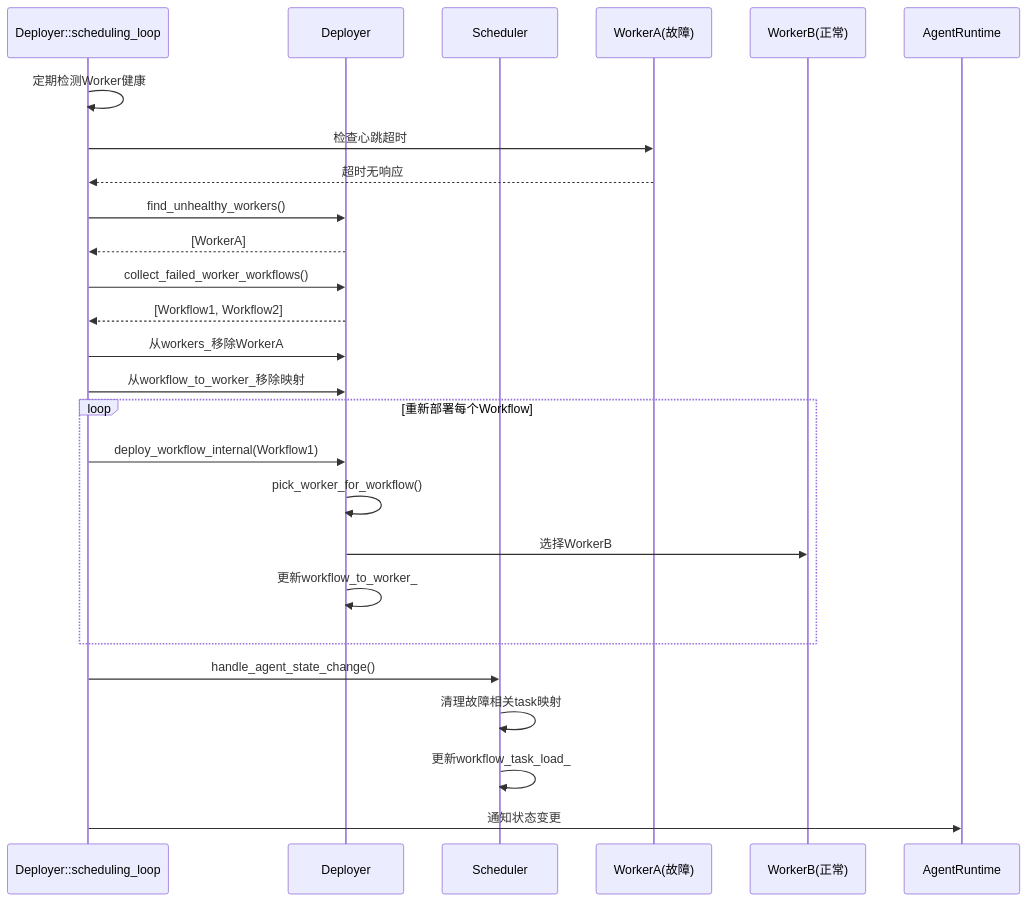
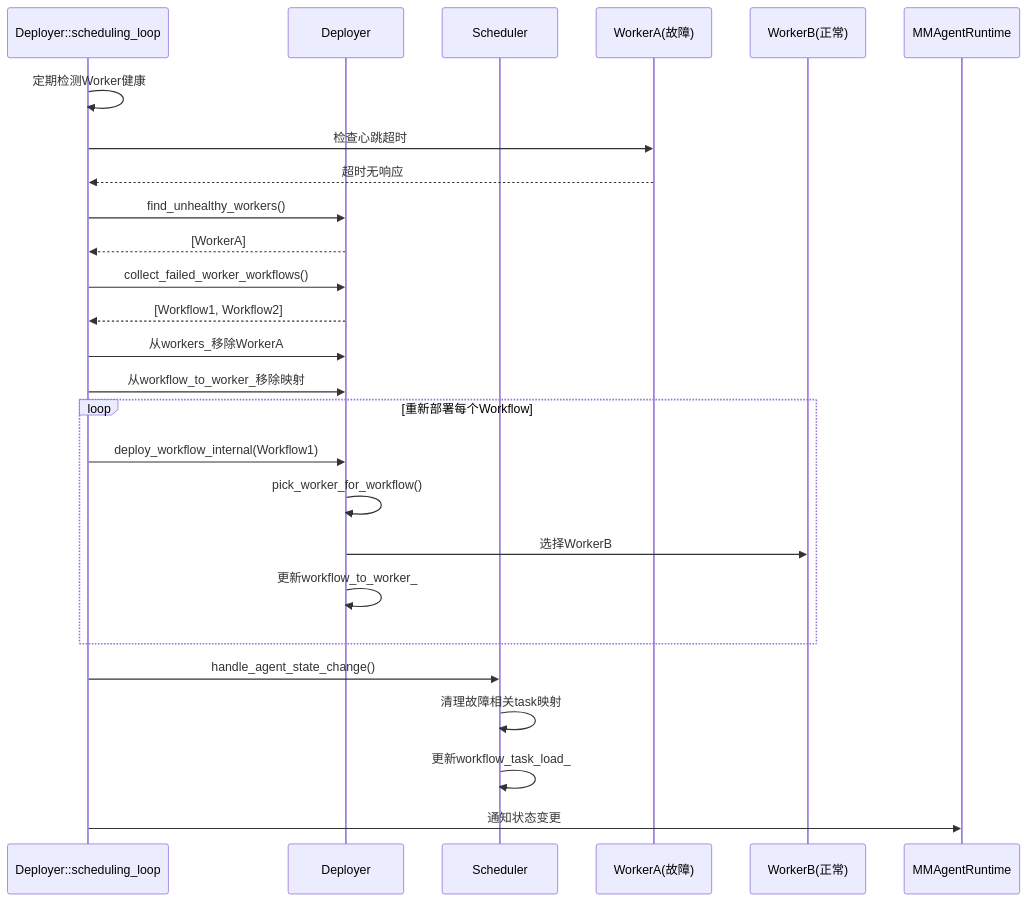
One commit to xyz11274/agentf changed the fourth of 11 diagrams in docs/scheduling.md. Above: the diagram before and after it, drawn with Mermaid. The commit also changed other lines of this file and 106 other files, not shown here.

````diff
--- a/docs/scheduling.md
+++ b/docs/scheduling.md
@@ -677,35 +677,35 @@
 ```mermaid
 sequenceDiagram
     participant Mon as Deployer::scheduling_loop
     participant DE as Deployer
     participant Sch as Scheduler
     participant WE1 as WorkerA(故障)
     participant WE2 as WorkerB(正常)
-    participant AR as AgentRuntime
+    participant AR as MMAgentRuntime
 
     Mon->>Mon: 定期检测Worker健康
     Mon->>WE1: 检查心跳超时
     WE1-->>Mon: 超时无响应
 
     Mon->>DE: find_unhealthy_workers()
     DE-->>Mon: [WorkerA]
 
     Mon->>DE: collect_failed_worker_workflows()
     DE-->>Mon: [Workflow1, Workflow2]
 
     Mon->>DE: 从workers_移除WorkerA
     Mon->>DE: 从workflow_to_worker_移除映射
 
     loop 重新部署每个Workflow
         Mon->>DE: deploy_workflow_internal(Workflow1)
         DE->>DE: pick_worker_for_workflow()
         DE->>WE2: 选择WorkerB
         DE->>DE: 更新workflow_to_worker_
     end
 
     Mon->>Sch: handle_agent_state_change()
     Sch->>Sch: 清理故障相关task映射
     Sch->>Sch: 更新workflow_task_load_
 
     Mon->>AR: 通知状态变更
 ```
````
